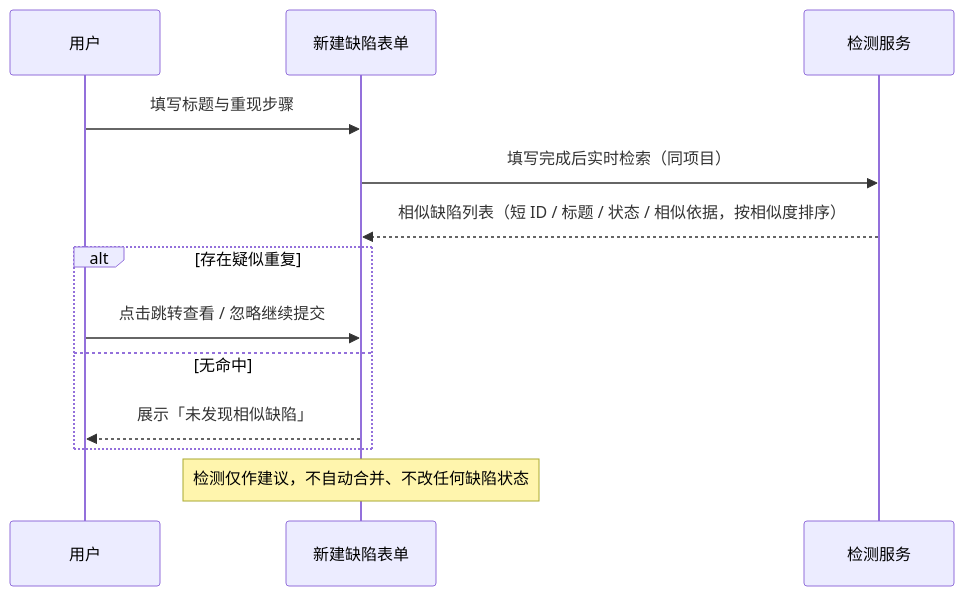
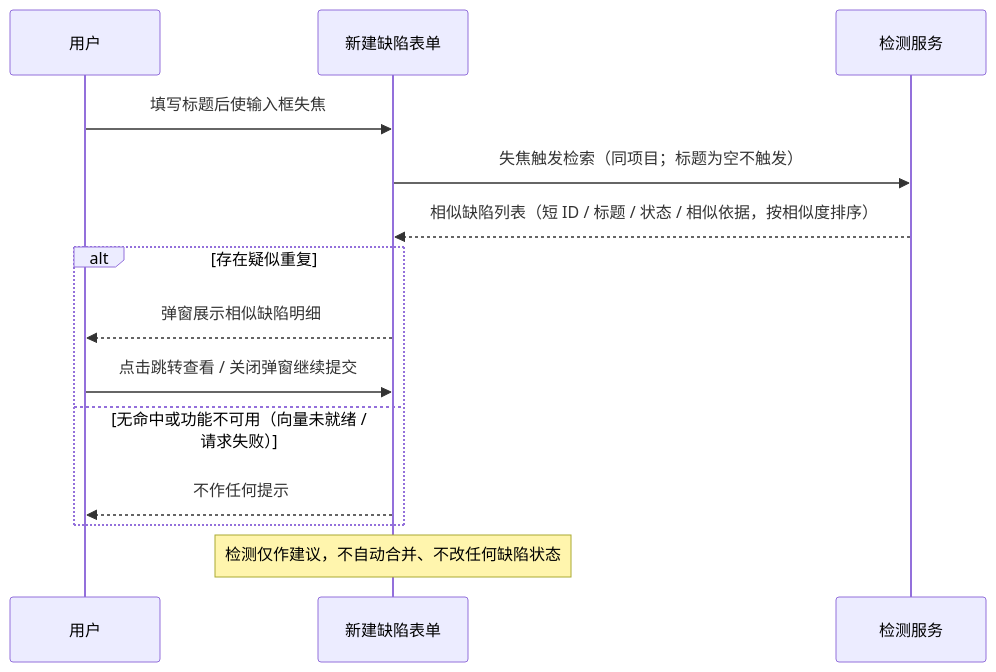
The first of 2 diagrams in docs/05-interaction-design/07-ai-capability/06-defect-analysis-ui.md (XiaoMiSum/robotest), drawn with Mermaid before and after one commit. The commit also changed other lines of this file and 2 other files, not shown here.

Commit message:
📝 docs(bug): 提交缺陷页去标题/重现步骤表单标签，相似检测改标题失焦触发与弹窗展示口径

````diff
--- a/docs/05-interaction-design/07-ai-capability/06-defect-analysis-ui.md
+++ b/docs/05-interaction-design/07-ai-capability/06-defect-analysis-ui.md
@@ -77,15 +77,16 @@
 ```mermaid
 sequenceDiagram
   participant U as 用户
   participant F as 新建缺陷表单
   participant D as 检测服务
-  U->>F: 填写标题与重现步骤
-  F->>D: 填写完成后实时检索（同项目）
+  U->>F: 填写标题后使输入框失焦
+  F->>D: 失焦触发检索（同项目；标题为空不触发）
   D-->>F: 相似缺陷列表（短 ID / 标题 / 状态 / 相似依据，按相似度排序）
   alt 存在疑似重复
-    U->>F: 点击跳转查看 / 忽略继续提交
-  else 无命中
-    F-->>U: 展示「未发现相似缺陷」
+    F-->>U: 弹窗展示相似缺陷明细
+    U->>F: 点击跳转查看 / 关闭弹窗继续提交
+  else 无命中或功能不可用（向量未就绪 / 请求失败）
+    F-->>U: 不作任何提示
   end
   Note over F: 检测仅作建议，不自动合并、不改任何缺陷状态
 ```
````
